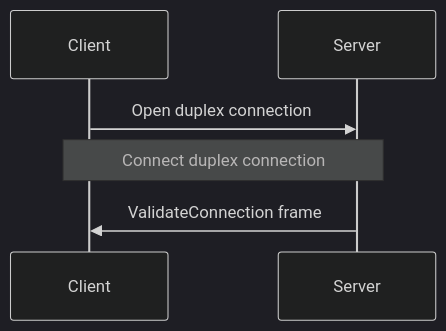
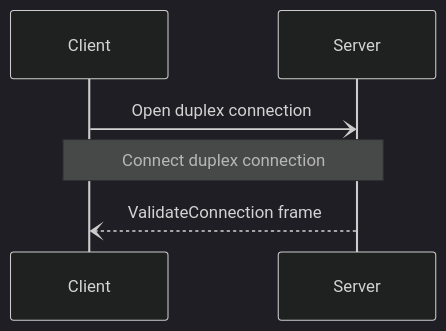
One commit to icerpc/icerpc-docs changed the diagram in pages/icerpc-core/ice-protocol/connection-establishment.md. Above: the diagram before and after it, drawn with Mermaid (dark theme).

Commit message:
More diagram updates

````diff
--- a/pages/icerpc-core/ice-protocol/connection-establishment.md
+++ b/pages/icerpc-core/ice-protocol/connection-establishment.md
@@ -24,6 +24,6 @@
 ```mermaid
 sequenceDiagram
-    Client->>Server: Open duplex connection
+    Client-)Server: Open duplex connection
     Note over Client,Server: Connect duplex connection
-    Server->>Client: ValidateConnection frame
+    Server--)Client: ValidateConnection frame
 ```
````
